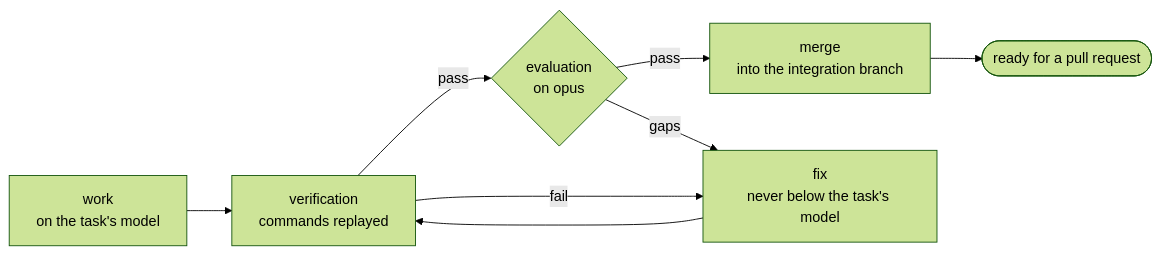
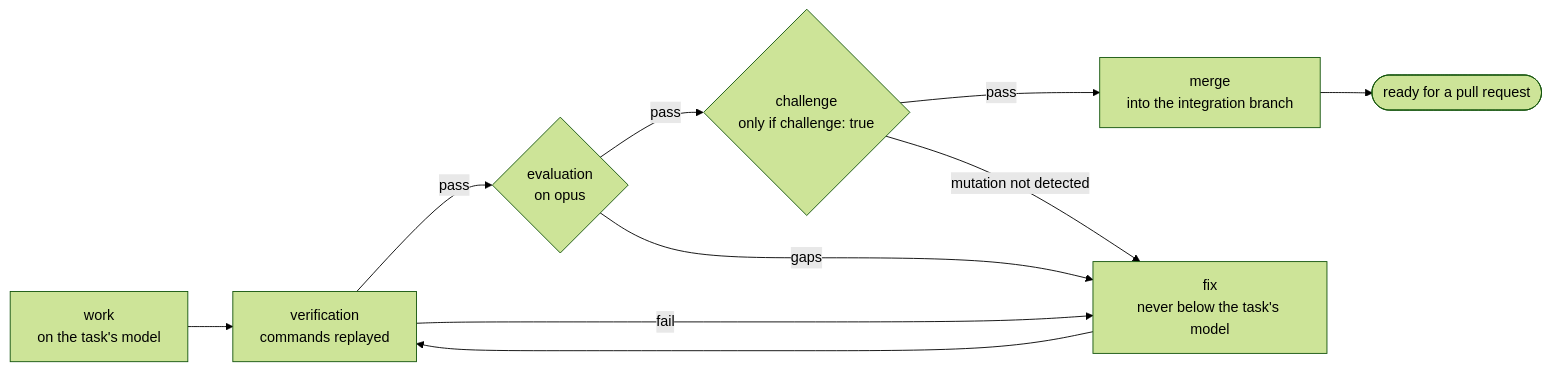
The diagram in README.md (Archibald0/circle-claude-plugin), drawn with Mermaid (forest theme) before and after one commit. The commit also changed other lines of this file and 16 other files, not shown here.

````diff
--- a/README.md
+++ b/README.md
@@ -55,10 +55,12 @@
 ```mermaid
 flowchart LR
     work["work<br/>on the task's model"] --> verif["verification<br/>commands replayed"]
     verif -- pass --> evaluation{"evaluation<br/>on opus"}
-    evaluation -- pass --> merge["merge<br/>into the integration branch"]
+    evaluation -- pass --> challenge{"challenge<br/>only if challenge: true"}
+    challenge -- pass --> merge["merge<br/>into the integration branch"]
+    challenge -- mutation not detected --> fix
     merge --> pr(["ready for a pull request"])
     verif -- fail --> fix["fix<br/>never below the task's model"]
     evaluation -- gaps --> fix
     fix --> verif
 ```
````
